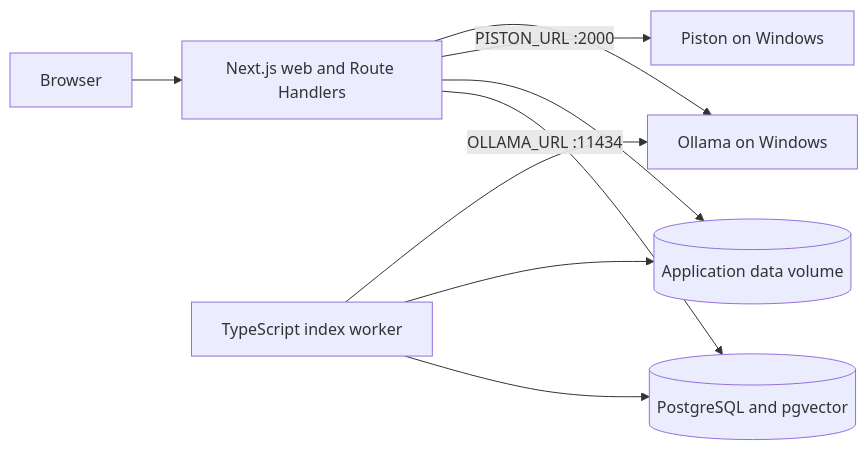
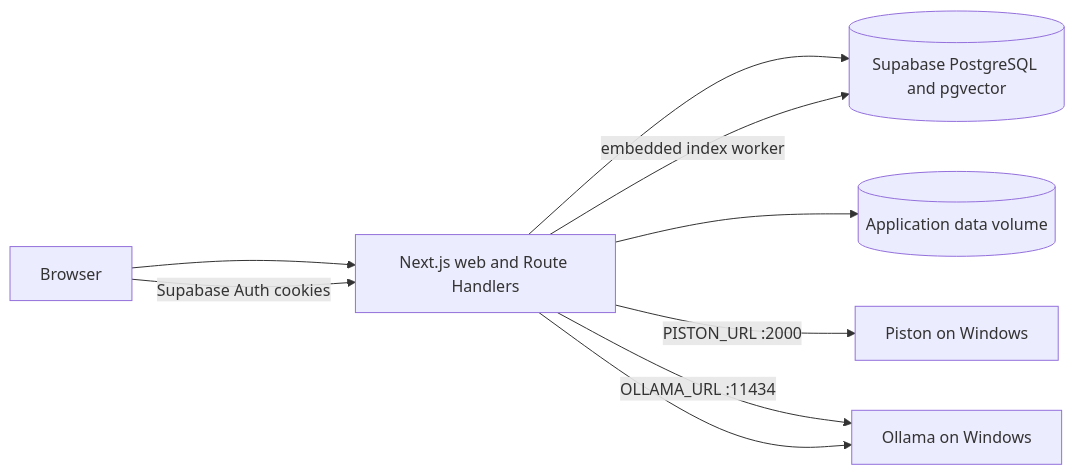
One commit to raksitbell/codearea changed the diagram in README.md. Above: the diagram before and after it, drawn with Mermaid. The commit also changed other lines of this file, not shown here.

Commit message:
docs: simplify Supabase development setup

````diff
--- a/README.md
+++ b/README.md
@@ -7,11 +7,11 @@
 ```mermaid
 flowchart LR
   Browser --> Web[Next.js web and Route Handlers]
-  Web --> DB[(PostgreSQL and pgvector)]
+  Web --> DB[(Supabase PostgreSQL and pgvector)]
+  Browser -->|Supabase Auth cookies| Web
   Web --> Data[(Application data volume)]
   Web -->|PISTON_URL :2000| Piston[Piston on Windows]
-  Worker[TypeScript index worker] --> DB
-  Worker --> Data
-  Worker -->|OLLAMA_URL :11434| Ollama[Ollama on Windows]
+  Web -->|embedded index worker| DB
+  Web -->|OLLAMA_URL :11434| Ollama[Ollama on Windows]
   Web --> Ollama
 ```
````
